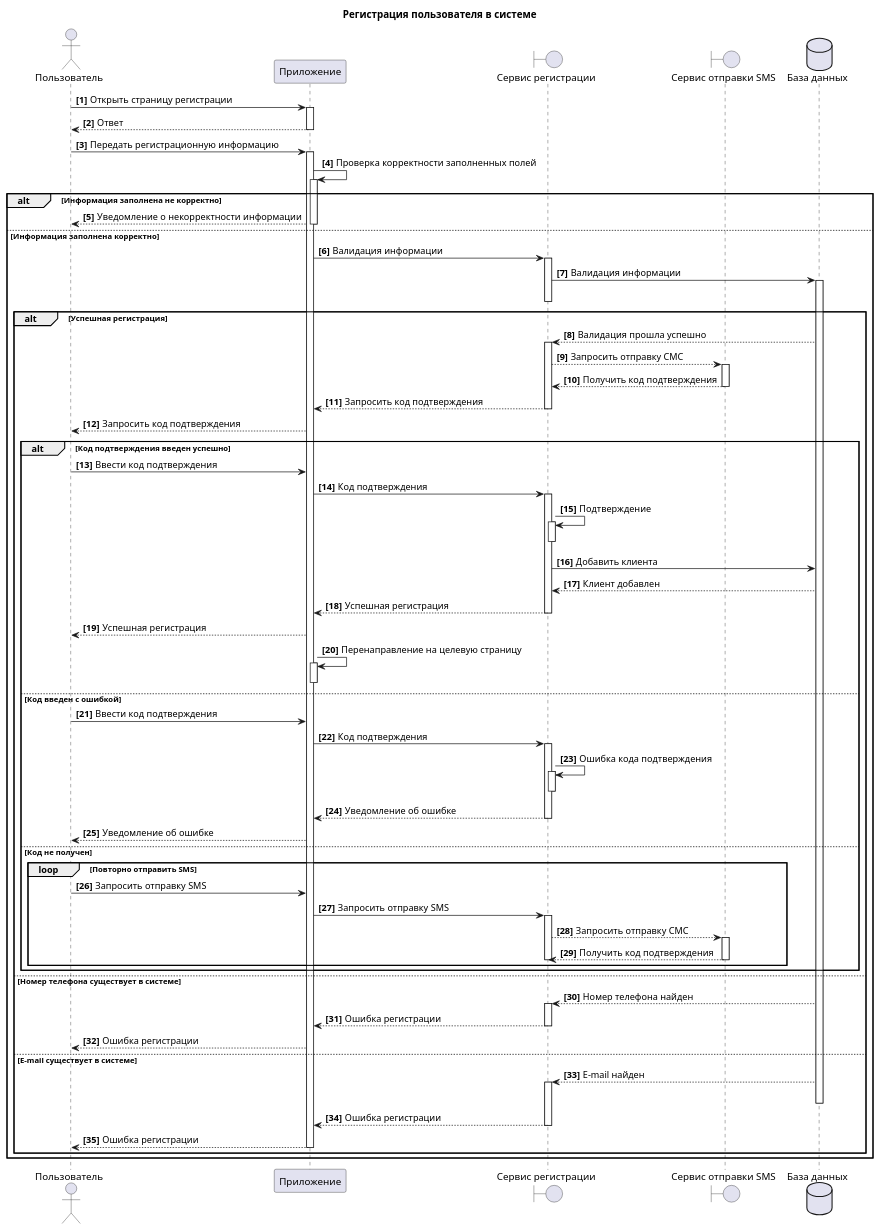
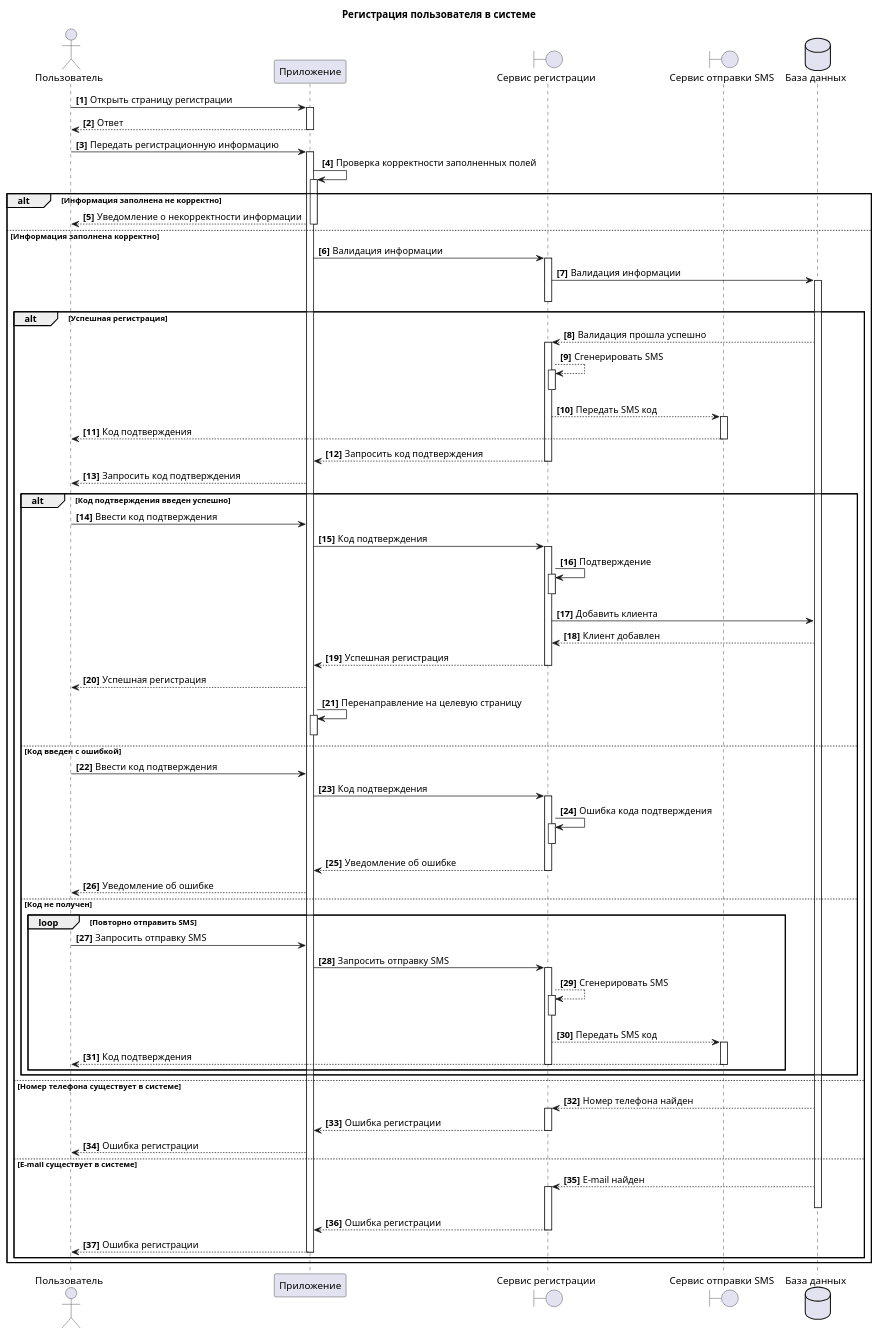
The diagram in 5_UML/UC_1_Registration.wsd (Mimitrii/RoboPoint), drawn with PlantUML before and after one commit. The commit also changed 4 other files, not shown here.

```diff
--- a/5_UML/UC_1_Registration.wsd
+++ b/5_UML/UC_1_Registration.wsd
@@ -1,72 +1,76 @@
 @startuml
 title Регистрация пользователя в системе
 actor "Пользователь" as U 
 participant  "Приложение" as A 
 boundary "Сервис регистрации" as S
 boundary "Сервис отправки SMS" as SMS
 dataBase "База данных" as DB 
 autonumber "<b>[0]"  
 
 U->A++: Открыть страницу регистрации
 return Ответ
 U->A++: Передать регистрационную информацию
 A->A++: Проверка корректности заполненных полей
 alt Информация заполнена не корректно
 A-->U:Уведомление о некорректности информации
 else  Информация заполнена корректно
 A--
 A->S++: Валидация информации
 S->DB++: Валидация информации
 alt Успешная регистрация
 S--
 DB-->S++: Валидация прошла успешно
-S-->SMS++: Запросить отправку СМС
-return Получить код подтверждения
+S-->S++: Сгенерировать SMS
+S--
+S-->SMS++: Передать SMS код
+SMS-->U--: Код подтверждения
 S-->A: Запросить код подтверждения
 S--
 A-->U: Запросить код подтверждения
 
 alt Код подтверждения введен успешно
 U->A: Ввести код подтверждения
 A->S++: Код подтверждения
 S->S++: Подтверждение
 S--
 S->DB: Добавить клиента
 DB-->S: Клиент добавлен
 S-->A: Успешная регистрация
 S--
 A-->U: Успешная регистрация
 A->A++:Перенаправление на целевую страницу
 A--
 else Код введен с ошибкой
 U->A: Ввести код подтверждения
 A->S++: Код подтверждения
 S->S++: Ошибка кода подтверждения
 S--
 S-->A: Уведомление об ошибке
 S--
 A-->U: Уведомление об ошибке
 else Код не получен
 loop Повторно отправить SMS
 U->A: Запросить отправку SMS
 A->S++: Запросить отправку SMS
-S-->SMS++: Запросить отправку СМС
-return Получить код подтверждения
+S-->S++: Сгенерировать SMS
+S--
+S-->SMS++: Передать SMS код
+SMS-->U--: Код подтверждения
 S--
 end
 end
 else Номер телефона существует в системе
 DB-->S++: Номер телефона найден
 S-->A: Ошибка регистрации
 S--
 A-->U: Ошибка регистрации
 else E-mail существует в системе
 DB-->S++: E-mail найден
 DB--
 S-->A: Ошибка регистрации
 S--
 A-->U: Ошибка регистрации
 A--
 end
 end
 @enduml
```
